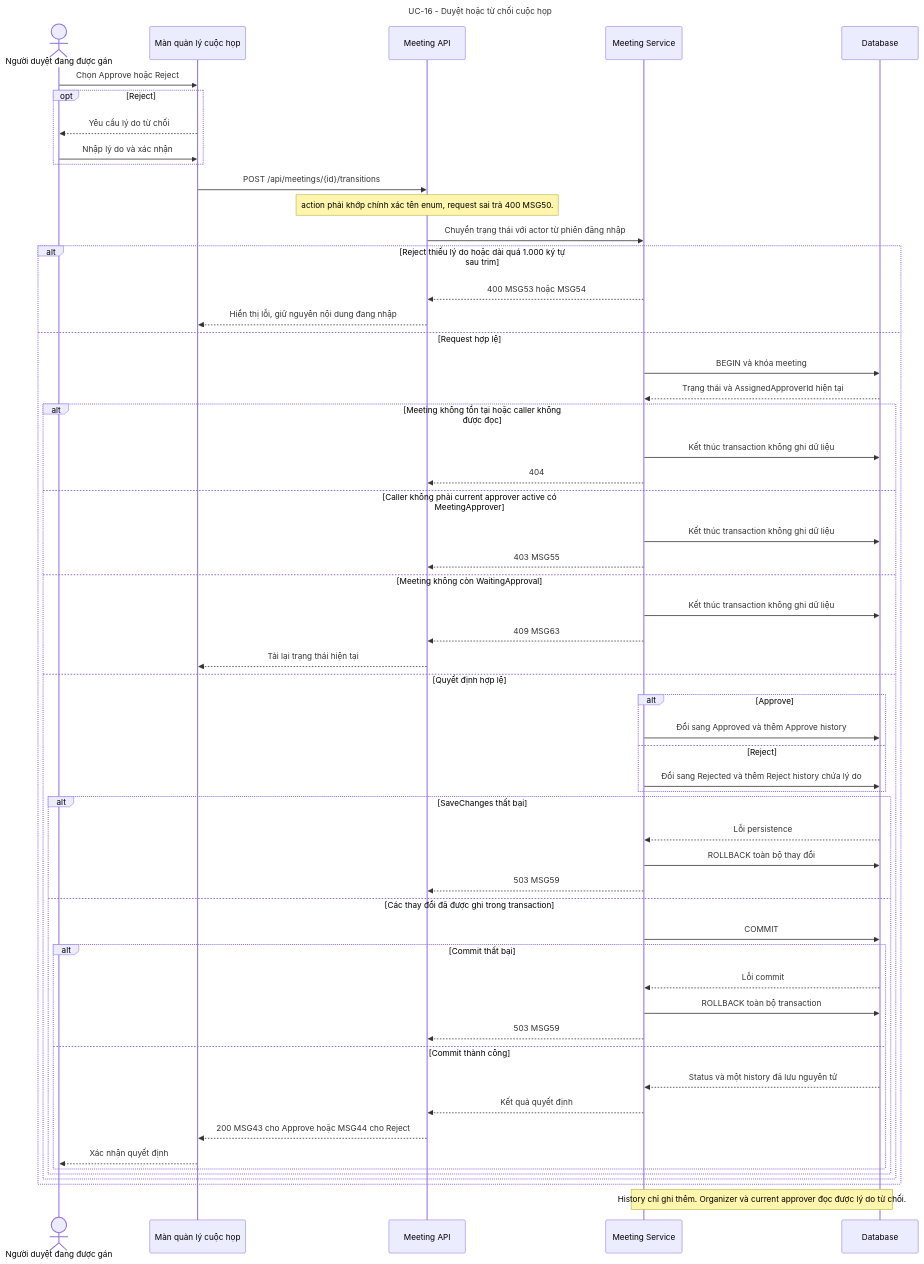
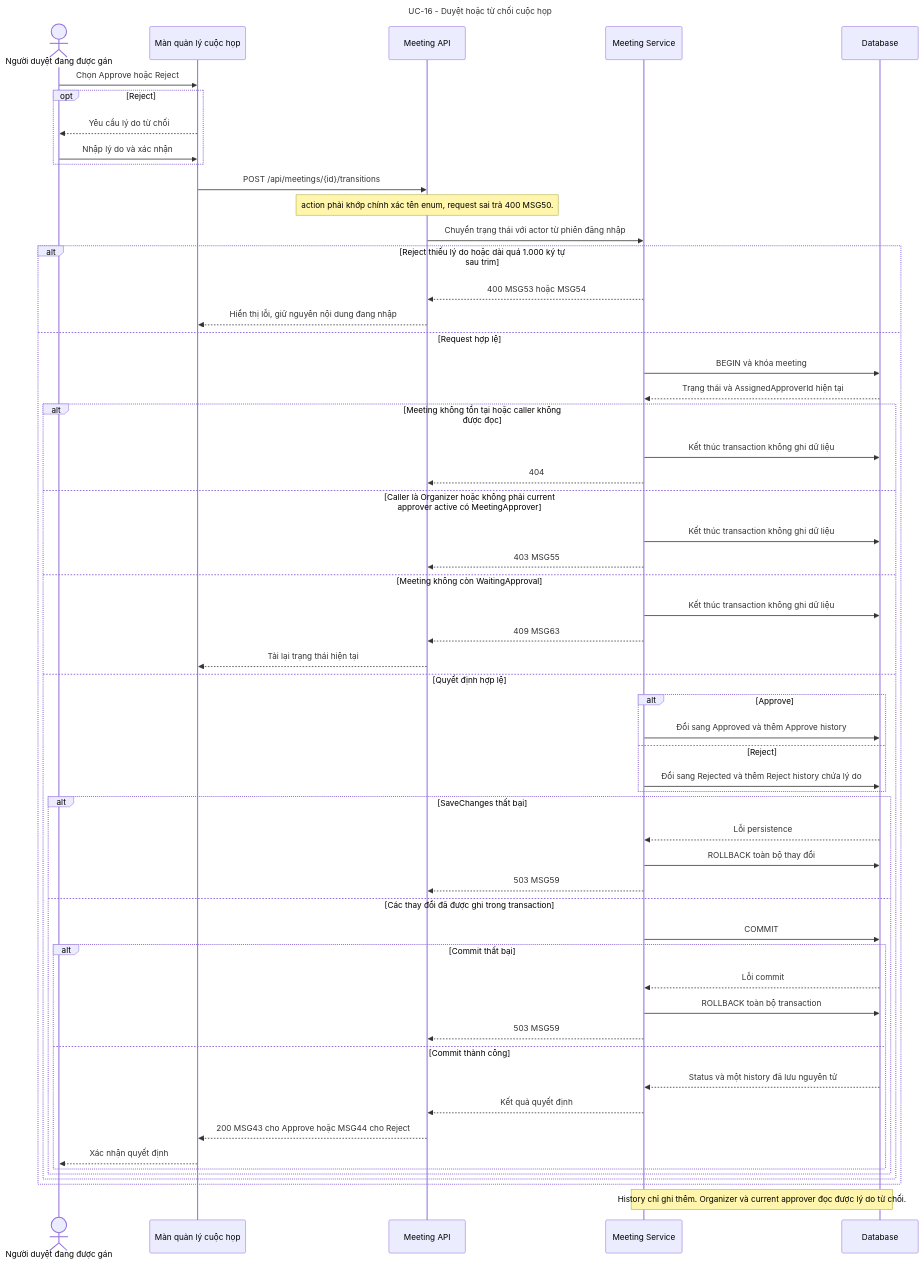
Before and after one commit to callmehai/FU-FA26-G116: the diagram in docs/assets/diagrams/meeting-management/ReviewMeetingApproval.mmd, drawn with Mermaid. The commit also changed 19 other files, not shown here.

```diff
--- a/docs/assets/diagrams/meeting-management/ReviewMeetingApproval.mmd
+++ b/docs/assets/diagrams/meeting-management/ReviewMeetingApproval.mmd
@@ -1,60 +1,60 @@
 sequenceDiagram
     title UC-16 - Duyệt hoặc từ chối cuộc họp
     actor Approver as Người duyệt đang được gán
     participant Page as Màn quản lý cuộc họp
     participant API as Meeting API
     participant Service as Meeting Service
     participant DB as Database
 
     Approver->>Page: Chọn Approve hoặc Reject
     opt Reject
         Page-->>Approver: Yêu cầu lý do từ chối
         Approver->>Page: Nhập lý do và xác nhận
     end
     Page->>API: POST /api/meetings/{id}/transitions
     Note over API: action phải khớp chính xác tên enum, request sai trả 400 MSG50.
     API->>Service: Chuyển trạng thái với actor từ phiên đăng nhập
 
     alt Reject thiếu lý do hoặc dài quá 1.000 ký tự sau trim
         Service-->>API: 400 MSG53 hoặc MSG54
         API-->>Page: Hiển thị lỗi, giữ nguyên nội dung đang nhập
     else Request hợp lệ
         Service->>DB: BEGIN và khóa meeting
         DB-->>Service: Trạng thái và AssignedApproverId hiện tại
         alt Meeting không tồn tại hoặc caller không được đọc
             Service->>DB: Kết thúc transaction không ghi dữ liệu
             Service-->>API: 404
-        else Caller không phải current approver active có MeetingApprover
+        else Caller là Organizer hoặc không phải current approver active có MeetingApprover
             Service->>DB: Kết thúc transaction không ghi dữ liệu
             Service-->>API: 403 MSG55
         else Meeting không còn WaitingApproval
             Service->>DB: Kết thúc transaction không ghi dữ liệu
             Service-->>API: 409 MSG63
             API-->>Page: Tải lại trạng thái hiện tại
         else Quyết định hợp lệ
             alt Approve
                 Service->>DB: Đổi sang Approved và thêm Approve history
             else Reject
                 Service->>DB: Đổi sang Rejected và thêm Reject history chứa lý do
             end
             alt SaveChanges thất bại
                 DB-->>Service: Lỗi persistence
                 Service->>DB: ROLLBACK toàn bộ thay đổi
                 Service-->>API: 503 MSG59
             else Các thay đổi đã được ghi trong transaction
                 Service->>DB: COMMIT
                 alt Commit thất bại
                     DB-->>Service: Lỗi commit
                     Service->>DB: ROLLBACK toàn bộ transaction
                     Service-->>API: 503 MSG59
                 else Commit thành công
                     DB-->>Service: Status và một history đã lưu nguyên tử
                     Service-->>API: Kết quả quyết định
                     API-->>Page: 200 MSG43 cho Approve hoặc MSG44 cho Reject
                     Page-->>Approver: Xác nhận quyết định
                 end
             end
         end
     end
 
     Note over Service,DB: History chỉ ghi thêm. Organizer và current approver đọc được lý do từ chối.
```
